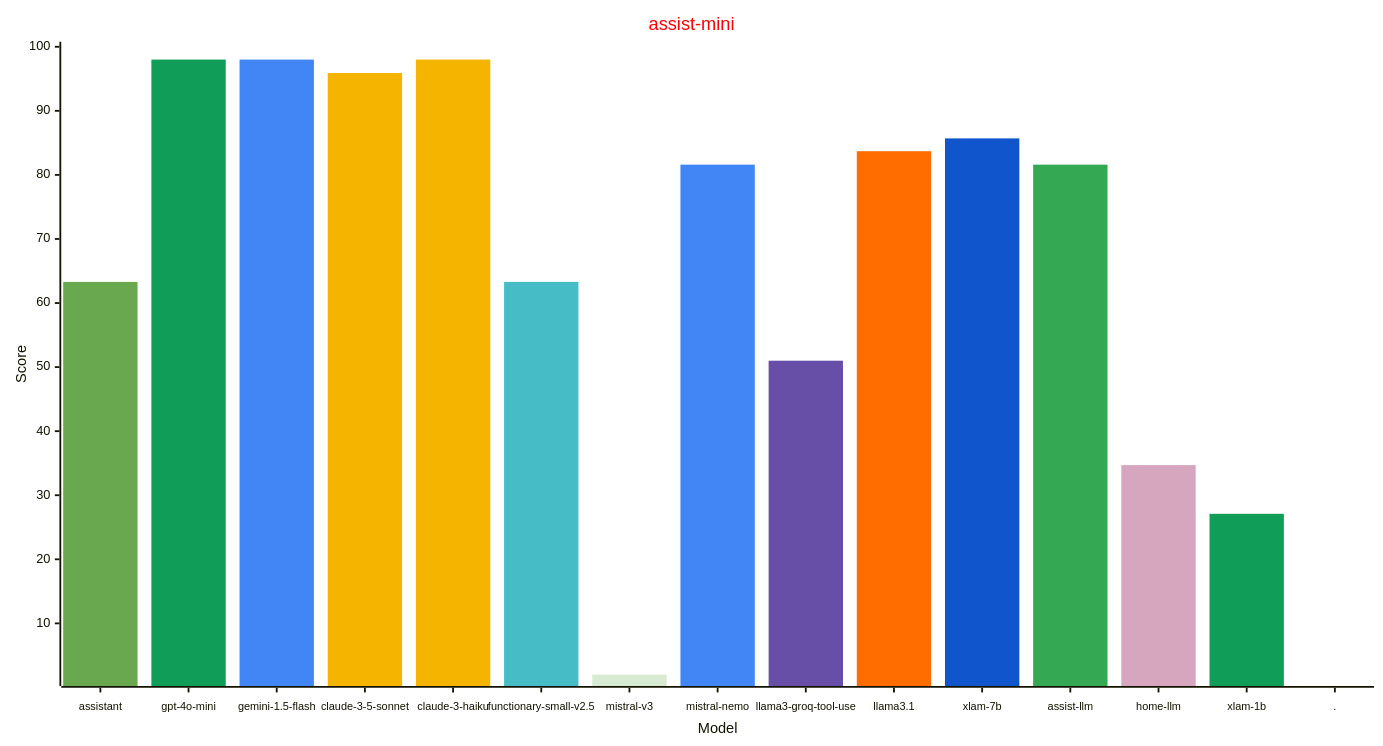
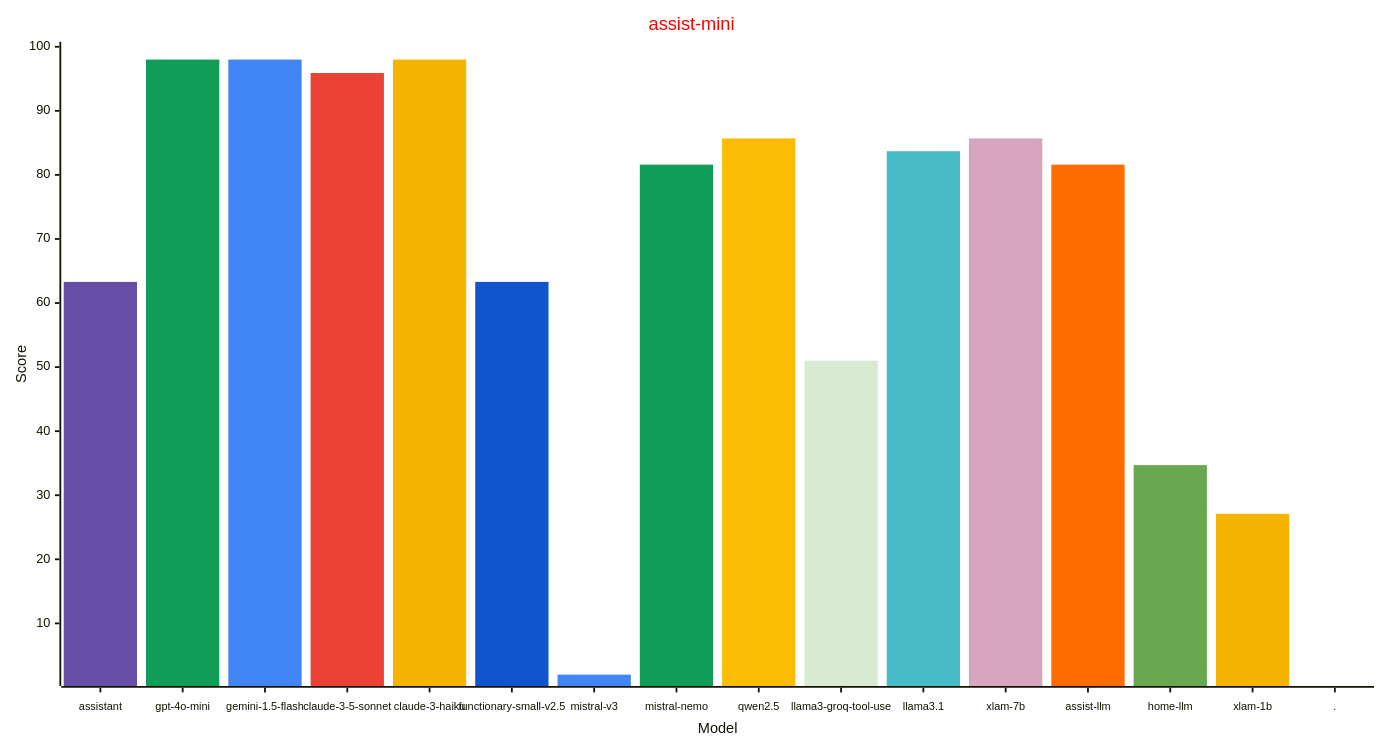
Before and after one commit to allenporter/home-assistant-datasets: the second of 3 diagrams in reports/README.md, drawn with Mermaid. The commit also changed other lines of this file and 134 other files, not shown here.

Commit message:
Record qwen2.5 score for assist and assist-mini

````diff
--- a/reports/README.md
+++ b/reports/README.md
@@ -90,35 +92,36 @@
 ```mermaid
 ---
 config:
     xyChart:
         width: 1500
         height: 800
         xAxis:
           labelFontSize: 12
           labelPadding: 8
     themeVariables:
         xyChart:
             titleColor: "#ff0000"
-            plotColorPalette: "#6aa84f, #0f9d58, #4285f4, #f4b400, #f4b400, #46bdc6, #d9ead3, #4285f4, #674ea7, #ff6d01, #1155cc, #34a853, #d5a6bd, #0f9d58, #4285f4"
+            plotColorPalette: "#674ea7, #0f9d58, #4285f4, #ea4335, #f4b400, #1155cc, #4285f4, #0f9d58, #fbbc04, #d9ead3, #46bdc6, #d5a6bd, #ff6d01, #6aa84f, #f4b400, #4285f4"
 
 ---
 xychart-beta
   title "assist-mini"
-  x-axis "Model" [assistant, gpt-4o-mini, gemini-1.5-flash, claude-3-5-sonnet, claude-3-haiku, functionary-small-v2.5, mistral-v3, mistral-nemo, llama3-groq-tool-use, llama3.1, xlam-7b, assist-llm, home-llm, xlam-1b, .]
+  x-axis "Model" [assistant, gpt-4o-mini, gemini-1.5-flash, claude-3-5-sonnet, claude-3-haiku, functionary-small-v2.5, mistral-v3, mistral-nemo, qwen2.5, llama3-groq-tool-use, llama3.1, xlam-7b, assist-llm, home-llm, xlam-1b, .]
   y-axis "Score" 1 --> 100
-  bar [63.3, 0.0, 0.0, 0.0, 0.0, 0.0, 0.0, 0.0, 0.0, 0.0, 0.0, 0.0, 0.0, 0.0, 0.0]
-  bar [0.0, 98.0, 0.0, 0.0, 0.0, 0.0, 0.0, 0.0, 0.0, 0.0, 0.0, 0.0, 0.0, 0.0, 0.0]
-  bar [0.0, 0.0, 98.0, 0.0, 0.0, 0.0, 0.0, 0.0, 0.0, 0.0, 0.0, 0.0, 0.0, 0.0, 0.0]
-  bar [0.0, 0.0, 0.0, 95.9, 0.0, 0.0, 0.0, 0.0, 0.0, 0.0, 0.0, 0.0, 0.0, 0.0, 0.0]
-  bar [0.0, 0.0, 0.0, 0.0, 98.0, 0.0, 0.0, 0.0, 0.0, 0.0, 0.0, 0.0, 0.0, 0.0, 0.0]
-  bar [0.0, 0.0, 0.0, 0.0, 0.0, 63.3, 0.0, 0.0, 0.0, 0.0, 0.0, 0.0, 0.0, 0.0, 0.0]
-  bar [0.0, 0.0, 0.0, 0.0, 0.0, 0.0, 2.0, 0.0, 0.0, 0.0, 0.0, 0.0, 0.0, 0.0, 0.0]
-  bar [0.0, 0.0, 0.0, 0.0, 0.0, 0.0, 0.0, 81.6, 0.0, 0.0, 0.0, 0.0, 0.0, 0.0, 0.0]
-  bar [0.0, 0.0, 0.0, 0.0, 0.0, 0.0, 0.0, 0.0, 51.0, 0.0, 0.0, 0.0, 0.0, 0.0, 0.0]
-  bar [0.0, 0.0, 0.0, 0.0, 0.0, 0.0, 0.0, 0.0, 0.0, 83.7, 0.0, 0.0, 0.0, 0.0, 0.0]
-  bar [0.0, 0.0, 0.0, 0.0, 0.0, 0.0, 0.0, 0.0, 0.0, 0.0, 85.7, 0.0, 0.0, 0.0, 0.0]
-  bar [0.0, 0.0, 0.0, 0.0, 0.0, 0.0, 0.0, 0.0, 0.0, 0.0, 0.0, 81.6, 0.0, 0.0, 0.0]
-  bar [0.0, 0.0, 0.0, 0.0, 0.0, 0.0, 0.0, 0.0, 0.0, 0.0, 0.0, 0.0, 34.7, 0.0, 0.0]
-  bar [0.0, 0.0, 0.0, 0.0, 0.0, 0.0, 0.0, 0.0, 0.0, 0.0, 0.0, 0.0, 0.0, 27.1, 0.0]
-  bar [0.0, 0.0, 0.0, 0.0, 0.0, 0.0, 0.0, 0.0, 0.0, 0.0, 0.0, 0.0, 0.0, 0.0, -1.0]
+  bar [63.3, 0.0, 0.0, 0.0, 0.0, 0.0, 0.0, 0.0, 0.0, 0.0, 0.0, 0.0, 0.0, 0.0, 0.0, 0.0]
+  bar [0.0, 98.0, 0.0, 0.0, 0.0, 0.0, 0.0, 0.0, 0.0, 0.0, 0.0, 0.0, 0.0, 0.0, 0.0, 0.0]
+  bar [0.0, 0.0, 98.0, 0.0, 0.0, 0.0, 0.0, 0.0, 0.0, 0.0, 0.0, 0.0, 0.0, 0.0, 0.0, 0.0]
+  bar [0.0, 0.0, 0.0, 95.9, 0.0, 0.0, 0.0, 0.0, 0.0, 0.0, 0.0, 0.0, 0.0, 0.0, 0.0, 0.0]
+  bar [0.0, 0.0, 0.0, 0.0, 98.0, 0.0, 0.0, 0.0, 0.0, 0.0, 0.0, 0.0, 0.0, 0.0, 0.0, 0.0]
+  bar [0.0, 0.0, 0.0, 0.0, 0.0, 63.3, 0.0, 0.0, 0.0, 0.0, 0.0, 0.0, 0.0, 0.0, 0.0, 0.0]
+  bar [0.0, 0.0, 0.0, 0.0, 0.0, 0.0, 2.0, 0.0, 0.0, 0.0, 0.0, 0.0, 0.0, 0.0, 0.0, 0.0]
+  bar [0.0, 0.0, 0.0, 0.0, 0.0, 0.0, 0.0, 81.6, 0.0, 0.0, 0.0, 0.0, 0.0, 0.0, 0.0, 0.0]
+  bar [0.0, 0.0, 0.0, 0.0, 0.0, 0.0, 0.0, 0.0, 85.7, 0.0, 0.0, 0.0, 0.0, 0.0, 0.0, 0.0]
+  bar [0.0, 0.0, 0.0, 0.0, 0.0, 0.0, 0.0, 0.0, 0.0, 51.0, 0.0, 0.0, 0.0, 0.0, 0.0, 0.0]
+  bar [0.0, 0.0, 0.0, 0.0, 0.0, 0.0, 0.0, 0.0, 0.0, 0.0, 83.7, 0.0, 0.0, 0.0, 0.0, 0.0]
+  bar [0.0, 0.0, 0.0, 0.0, 0.0, 0.0, 0.0, 0.0, 0.0, 0.0, 0.0, 85.7, 0.0, 0.0, 0.0, 0.0]
+  bar [0.0, 0.0, 0.0, 0.0, 0.0, 0.0, 0.0, 0.0, 0.0, 0.0, 0.0, 0.0, 81.6, 0.0, 0.0, 0.0]
+  bar [0.0, 0.0, 0.0, 0.0, 0.0, 0.0, 0.0, 0.0, 0.0, 0.0, 0.0, 0.0, 0.0, 34.7, 0.0, 0.0]
+  bar [0.0, 0.0, 0.0, 0.0, 0.0, 0.0, 0.0, 0.0, 0.0, 0.0, 0.0, 0.0, 0.0, 0.0, 27.1, 0.0]
+  bar [0.0, 0.0, 0.0, 0.0, 0.0, 0.0, 0.0, 0.0, 0.0, 0.0, 0.0, 0.0, 0.0, 0.0, 0.0, -1.0]
 ```
````
